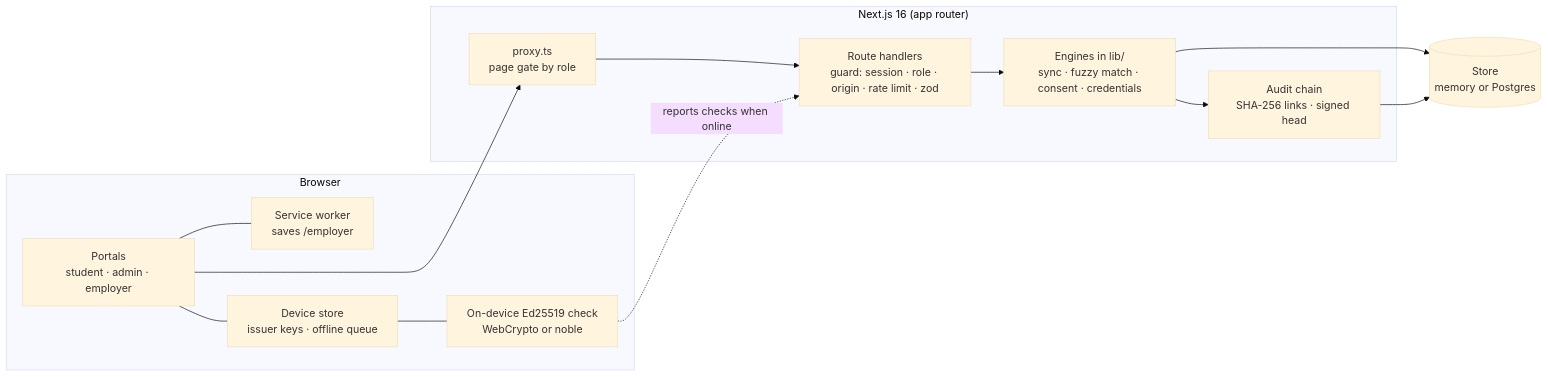
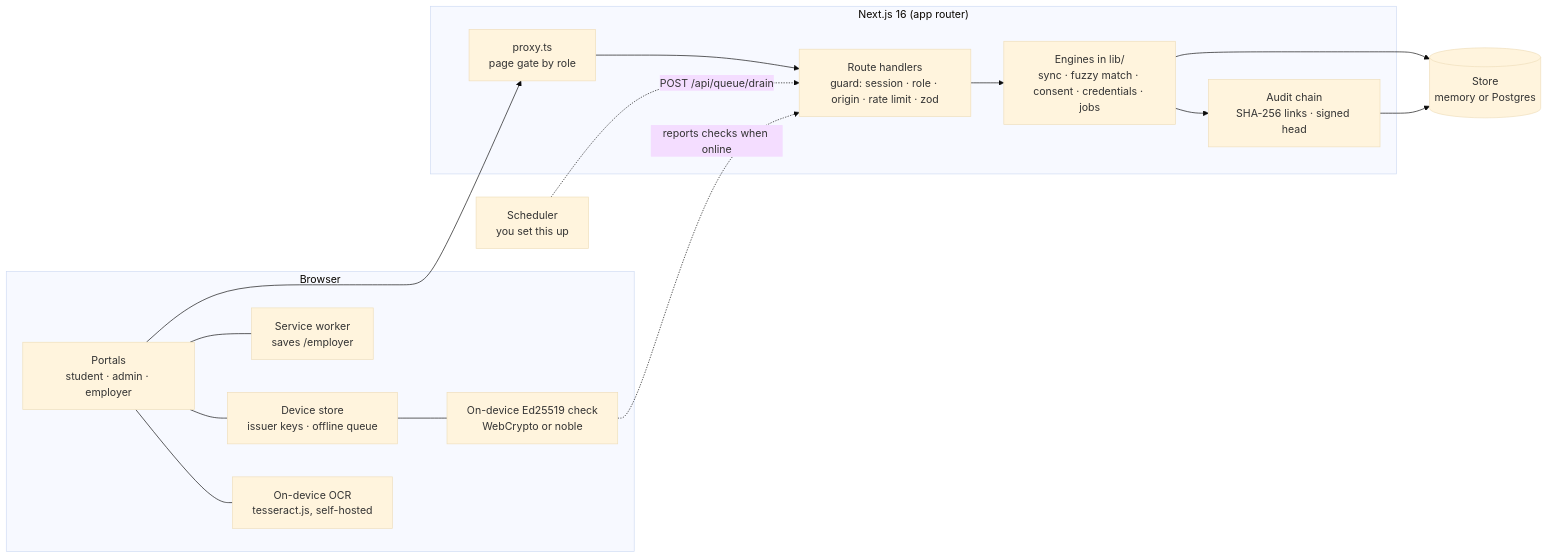
One commit to mfarazcodes/ApaarAlt changed the diagram in apaar-platform/README.md. Above: the diagram before and after it, drawn with Mermaid (base theme). The commit also changed other lines of this file and 2 other files, not shown here.

First line of the commit message:
docs: update README, CHANGELOG and .env.example for OCR, queue, drill-down, Hindi, students, db:seed and accessibility

````diff
--- a/apaar-platform/README.md
+++ b/apaar-platform/README.md
@@ -45,23 +48,27 @@
 ```mermaid
 flowchart LR
   subgraph Browser
     UI[Portals<br/>student · admin · employer]
     SW[Service worker<br/>saves /employer]
     DEV[Device store<br/>issuer keys · offline queue]
     VER[On-device Ed25519 check<br/>WebCrypto or noble]
+    OCR[On-device OCR<br/>tesseract.js, self-hosted]
   end
   subgraph Server["Next.js 16 (app router)"]
     PX[proxy.ts<br/>page gate by role]
     API[Route handlers<br/>guard: session · role · origin · rate limit · zod]
-    ENG[Engines in lib/<br/>sync · fuzzy match · consent · credentials]
+    ENG[Engines in lib/<br/>sync · fuzzy match · consent · credentials · jobs]
     AUD[Audit chain<br/>SHA-256 links · signed head]
   end
   STORE[(Store<br/>memory or Postgres)]
+  CRON[Scheduler<br/>you set this up]
 
   UI --> PX --> API --> ENG
   ENG --> STORE
   ENG --> AUD --> STORE
   UI --- SW
   UI --- DEV --- VER
+  UI --- OCR
   VER -. "reports checks when online" .-> API
+  CRON -. "POST /api/queue/drain" .-> API
 ```
````
